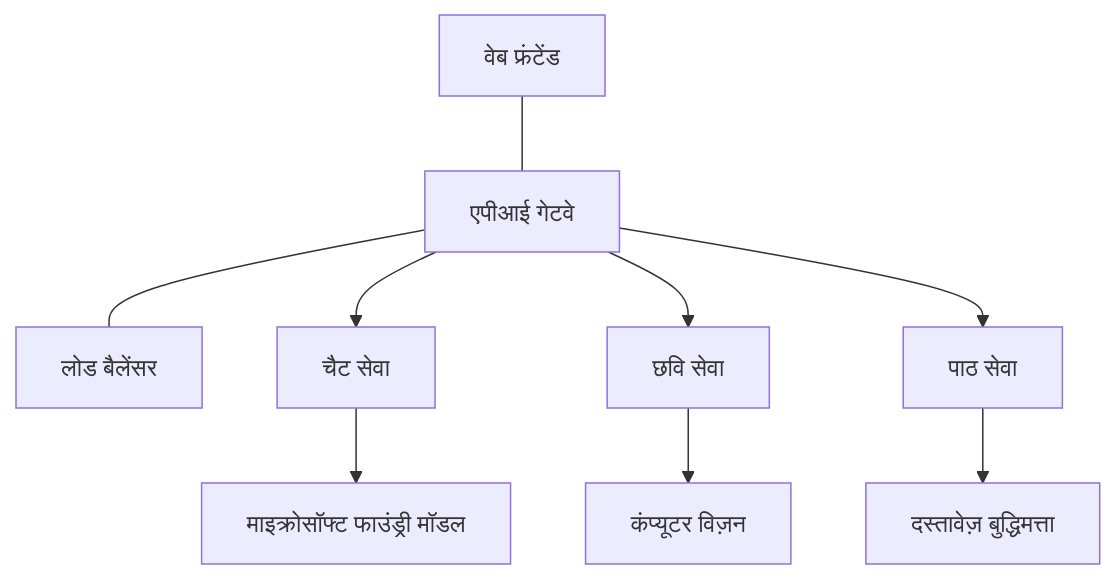
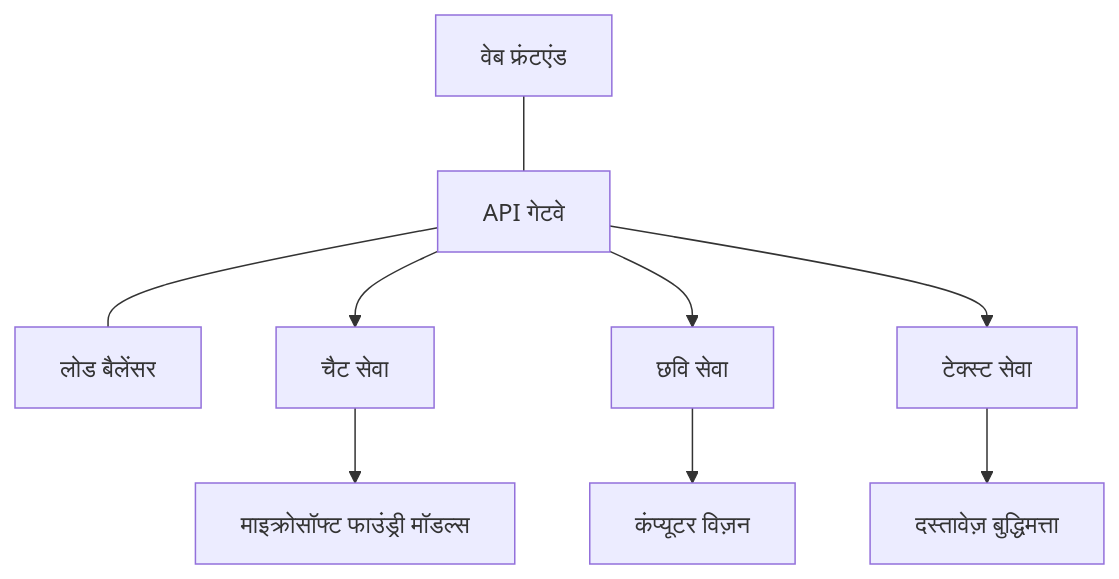
One commit to microsoft/AZD-for-beginners changed the diagram in translations/hi/docs/chapter-08-production/production-ai-practices.md. Above: the diagram before and after it, drawn with Mermaid. The commit also changed other lines of this file and 104 other files, not shown here.

````diff
--- a/translations/hi/docs/chapter-08-production/production-ai-practices.md
+++ b/translations/hi/docs/chapter-08-production/production-ai-practices.md
@@ -30,10 +30,10 @@
 ```mermaid
 graph TD
-    Frontend[वेब फ्रंटेंड] --- Gateway[एपीआई गेटवे] --- LB[लोड बैलेंसर]
+    Frontend[वेब फ्रंटएंड] --- Gateway[API गेटवे] --- LB[लोड बैलेंसर]
     Gateway --> Chat[चैट सेवा]
     Gateway --> Image[छवि सेवा]
-    Gateway --> Text[पाठ सेवा]
-    Chat --> OpenAI[माइक्रोसॉफ्ट फाउंड्री मॉडल]
+    Gateway --> Text[टेक्स्ट सेवा]
+    Chat --> OpenAI[माइक्रोसॉफ्ट फाउंड्री मॉडल्स]
     Image --> Vision[कंप्यूटर विज़न]
     Text --> DocIntel[दस्तावेज़ बुद्धिमत्ता]
 ```
````
